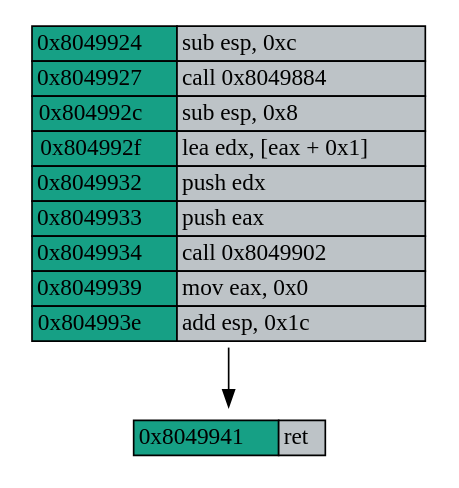
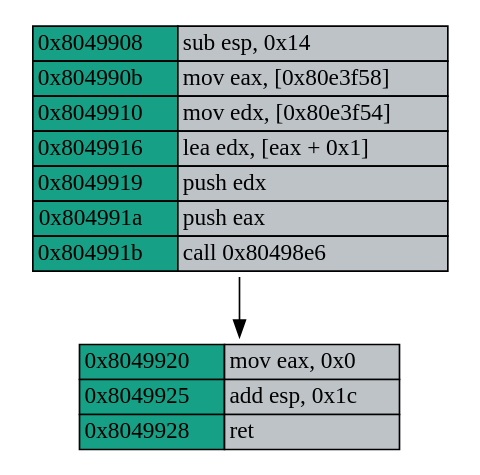
One commit to Nicolnegg/researh changed the diagram in VM/tools-paper/Examples/example-ineq-a>a+1/function_cfg.dot. Above: the diagram before and after it, drawn with Graphviz. The commit also changed 41 other files, not shown here.

```diff
--- a/VM/tools-paper/Examples/example-ineq-a>a+1/function_cfg.dot
+++ b/VM/tools-paper/Examples/example-ineq-a>a+1/function_cfg.dot
@@ -1,23 +1,23 @@
 digraph G {
   node [shape=plaintext, ];
-  784405453 [label=<<table border="0" cellspacing="0">
-<tr><td border="1" bgcolor="#16a085">0x8049924</td><td border="1" bgcolor="#bdc3c7" align="left">sub esp, 0xc</td></tr>
-<tr><td border="1" bgcolor="#16a085">0x8049927</td><td border="1" bgcolor="#bdc3c7" align="left">call 0x8049884</td></tr>
-<tr><td border="1" bgcolor="#16a085">0x804992c</td><td border="1" bgcolor="#bdc3c7" align="left">sub esp, 0x8</td></tr>
-<tr><td border="1" bgcolor="#16a085">0x804992f</td><td border="1" bgcolor="#bdc3c7" align="left">lea edx, [eax + 0x1]</td></tr>
-<tr><td border="1" bgcolor="#16a085">0x8049932</td><td border="1" bgcolor="#bdc3c7" align="left">push edx</td></tr>
-<tr><td border="1" bgcolor="#16a085">0x8049933</td><td border="1" bgcolor="#bdc3c7" align="left">push eax</td></tr>
-<tr><td border="1" bgcolor="#16a085">0x8049934</td><td border="1" bgcolor="#bdc3c7" align="left">call 0x8049902</td></tr>
-<tr><td border="1" bgcolor="#16a085">0x8049939</td><td border="1" bgcolor="#bdc3c7" align="left">mov eax, 0x0</td></tr>
-<tr><td border="1" bgcolor="#16a085">0x804993e</td><td border="1" bgcolor="#bdc3c7" align="left">add esp, 0x1c</td></tr>
+  692016292 [label=<<table border="0" cellspacing="0">
+<tr><td border="1" bgcolor="#16a085">0x8049908</td><td border="1" bgcolor="#bdc3c7" align="left">sub esp, 0x14</td></tr>
+<tr><td border="1" bgcolor="#16a085">0x804990b</td><td border="1" bgcolor="#bdc3c7" align="left">mov eax, [0x80e3f58]</td></tr>
+<tr><td border="1" bgcolor="#16a085">0x8049910</td><td border="1" bgcolor="#bdc3c7" align="left">mov edx, [0x80e3f54]</td></tr>
+<tr><td border="1" bgcolor="#16a085">0x8049916</td><td border="1" bgcolor="#bdc3c7" align="left">lea edx, [eax + 0x1]</td></tr>
+<tr><td border="1" bgcolor="#16a085">0x8049919</td><td border="1" bgcolor="#bdc3c7" align="left">push edx</td></tr>
+<tr><td border="1" bgcolor="#16a085">0x804991a</td><td border="1" bgcolor="#bdc3c7" align="left">push eax</td></tr>
+<tr><td border="1" bgcolor="#16a085">0x804991b</td><td border="1" bgcolor="#bdc3c7" align="left">call 0x80498e6</td></tr>
 </table>>,
              ];
-  251944021 [label=<<table border="0" cellspacing="0">
-<tr><td border="1" bgcolor="#16a085">0x8049941</td><td border="1" bgcolor="#bdc3c7" align="left">ret</td></tr>
+  832510829 [label=<<table border="0" cellspacing="0">
+<tr><td border="1" bgcolor="#16a085">0x8049920</td><td border="1" bgcolor="#bdc3c7" align="left">mov eax, 0x0</td></tr>
+<tr><td border="1" bgcolor="#16a085">0x8049925</td><td border="1" bgcolor="#bdc3c7" align="left">add esp, 0x1c</td></tr>
+<tr><td border="1" bgcolor="#16a085">0x8049928</td><td border="1" bgcolor="#bdc3c7" align="left">ret</td></tr>
 </table>>,
              ];
   
   
-  784405453 -> 251944021 [minlen=1, ];
+  692016292 -> 832510829 [minlen=1, ];
   
   }
```
